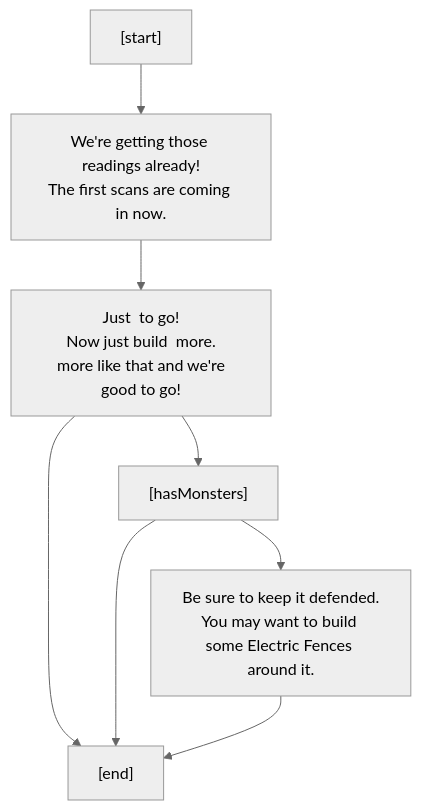
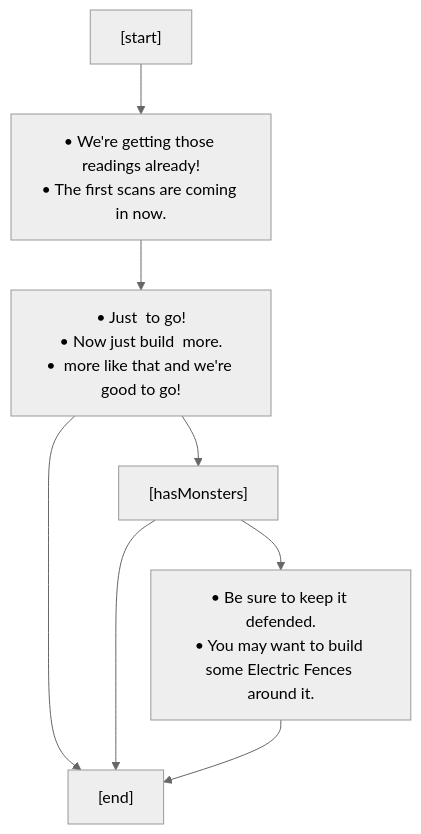
The first of 6 diagrams in src/core/lore/graphs/build_and_power.md (charredUtensil/groundhog), drawn with Mermaid (neutral theme) before and after one commit. The commit also changed other lines of this file and 7 other files, not shown here.

````diff
--- a/src/core/lore/graphs/build_and_power.md
+++ b/src/core/lore/graphs/build_and_power.md
@@ -3,16 +3,16 @@
 ```mermaid
 flowchart TD;
 P0["[start]"]
 P0 --> P1
-P1["We're getting those readings already!<br/>The first scans are coming in now."]
+P1["&bull; We're getting those readings already!<br/>&bull; The first scans are coming in now."]
 P1 --> P2
-P2["Just  to go!<br/>Now just build  more.<br/> more like that and we're good to go!"]
+P2["&bull; Just  to go!<br/>&bull; Now just build  more.<br/>&bull;  more like that and we're good to go!"]
 P2 --> P3
 P2 --> P5
 P3["[hasMonsters]"]
 P3 --> P4
 P3 --> P5
-P4["Be sure to keep it defended.<br/>You may want to build some Electric Fences around it."]
+P4["&bull; Be sure to keep it defended.<br/>&bull; You may want to build some Electric Fences around it."]
 P4 --> P5
 P5["[end]"]
 ```
````
